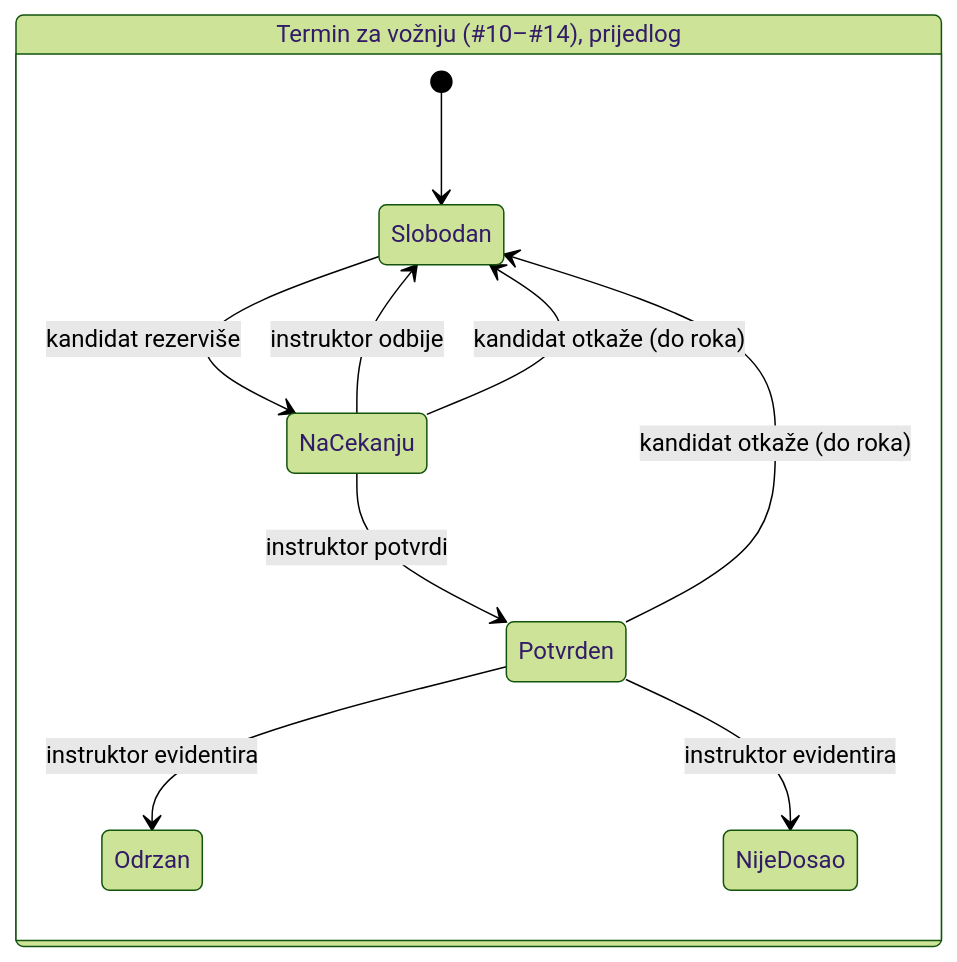
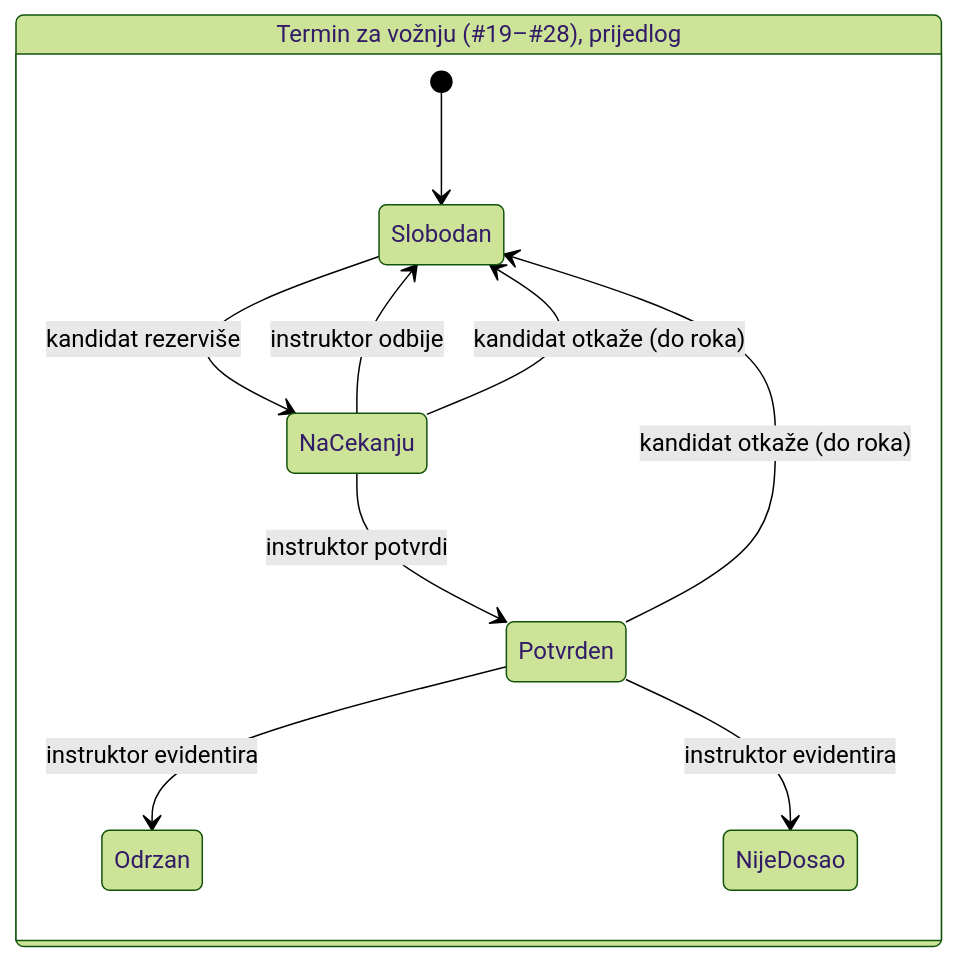
Before and after one commit to 2A-Labs/roadwise-rs1: the sixth of 7 diagrams in dokumenti/mind-map-arhitektura.md, drawn with Mermaid (forest theme). The commit also changed other lines of this file and 9 other files, not shown here.

````diff
--- a/dokumenti/mind-map-arhitektura.md
+++ b/dokumenti/mind-map-arhitektura.md
@@ -443,14 +443,14 @@
 ```mermaid
 stateDiagram-v2
     direction LR
-    state "Termin za vožnju (#10–#14), prijedlog" as T {
+    state "Termin za vožnju (#19–#28), prijedlog" as T {
         [*] --> Slobodan
         Slobodan --> NaCekanju: kandidat rezerviše
         NaCekanju --> Potvrden: instruktor potvrdi
         NaCekanju --> Slobodan: instruktor odbije
         NaCekanju --> Slobodan: kandidat otkaže (do roka)
         Potvrden --> Slobodan: kandidat otkaže (do roka)
         Potvrden --> Odrzan: instruktor evidentira
         Potvrden --> NijeDosao: instruktor evidentira
     }
 ```
````
